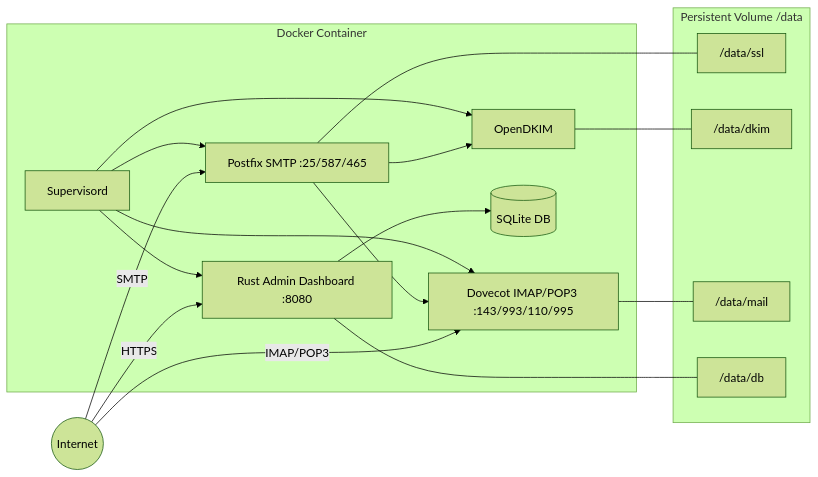
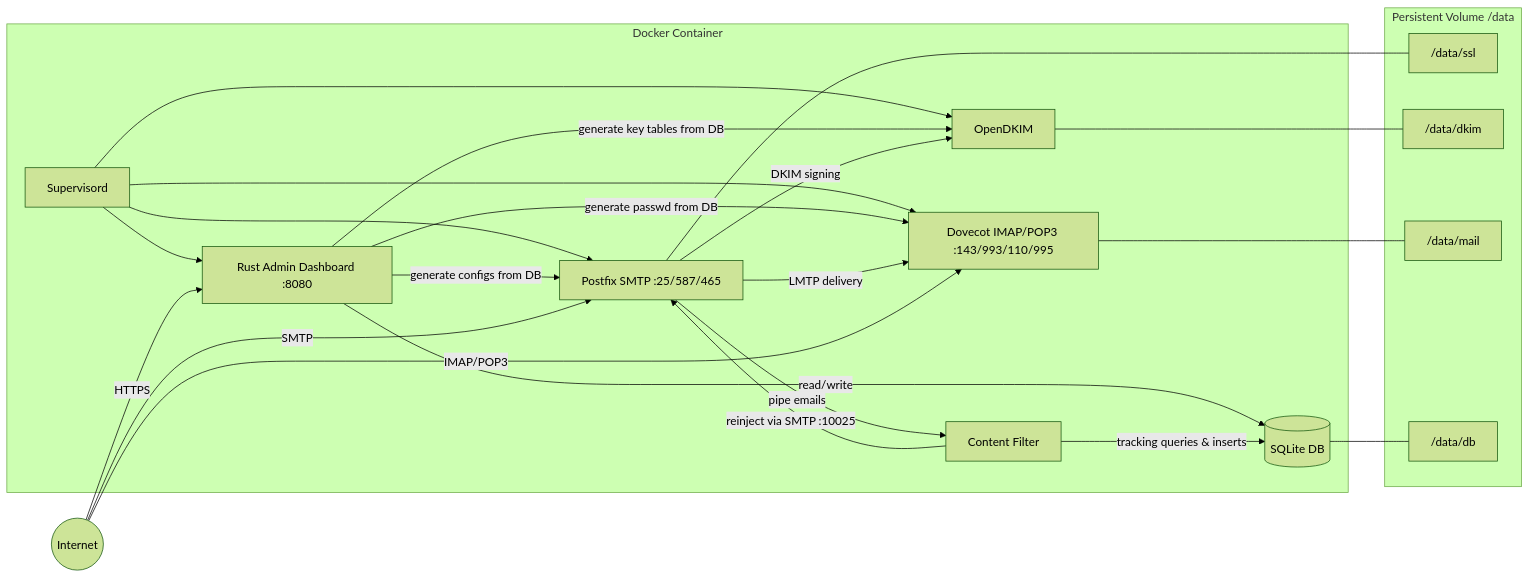
One commit to tayyebi/mailserver changed the first of 4 diagrams in README.md. Above: the diagram before and after it, drawn with Mermaid (forest theme). The commit also changed other lines of this file, not shown here.

Commit message:
Enhance README with detailed architecture, email flow, and database schema diagrams

````diff
--- a/README.md
+++ b/README.md
@@ -11,38 +11,45 @@
 ```mermaid
 graph LR
     Internet((Internet))
 
     subgraph Docker Container
+        Supervisor[Supervisord]
         Admin[Rust Admin Dashboard :8080]
+        Filter[Content Filter]
         Postfix[Postfix SMTP :25/587/465]
         Dovecot[Dovecot IMAP/POP3 :143/993/110/995]
         OpenDKIM[OpenDKIM]
-        Supervisor[Supervisord]
         SQLite[(SQLite DB)]
 
         Supervisor --> Admin
         Supervisor --> Postfix
         Supervisor --> Dovecot
         Supervisor --> OpenDKIM
 
-        Admin --> SQLite
-        Postfix --> OpenDKIM
-        Postfix --> Dovecot
+        Admin -->|read/write| SQLite
+        Filter -->|tracking queries & inserts| SQLite
+        Admin -->|generate configs from DB| Postfix
+        Admin -->|generate passwd from DB| Dovecot
+        Admin -->|generate key tables from DB| OpenDKIM
+        Postfix -->|DKIM signing| OpenDKIM
+        Postfix -->|LMTP delivery| Dovecot
+        Postfix -->|pipe emails| Filter
+        Filter -->|reinject via SMTP :10025| Postfix
     end
 
     subgraph Persistent Volume /data
         SSL["/data/ssl"]
         DKIM["/data/dkim"]
         Mail["/data/mail"]
         DB["/data/db"]
     end
 
     Internet -->|SMTP| Postfix
     Internet -->|IMAP/POP3| Dovecot
     Internet -->|HTTPS| Admin
 
+    SQLite --- DB
     Dovecot --- Mail
-    Admin --- DB
     Postfix --- SSL
     OpenDKIM --- DKIM
 ```
````
